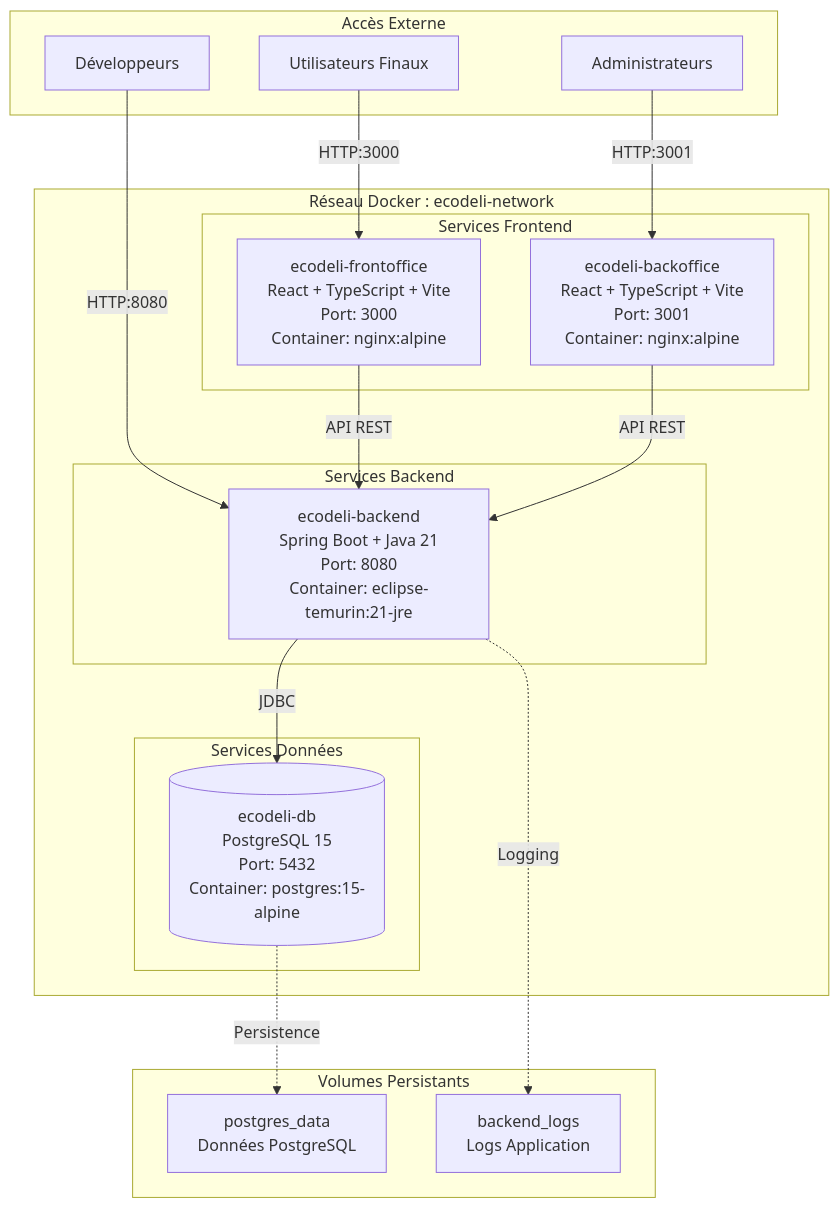
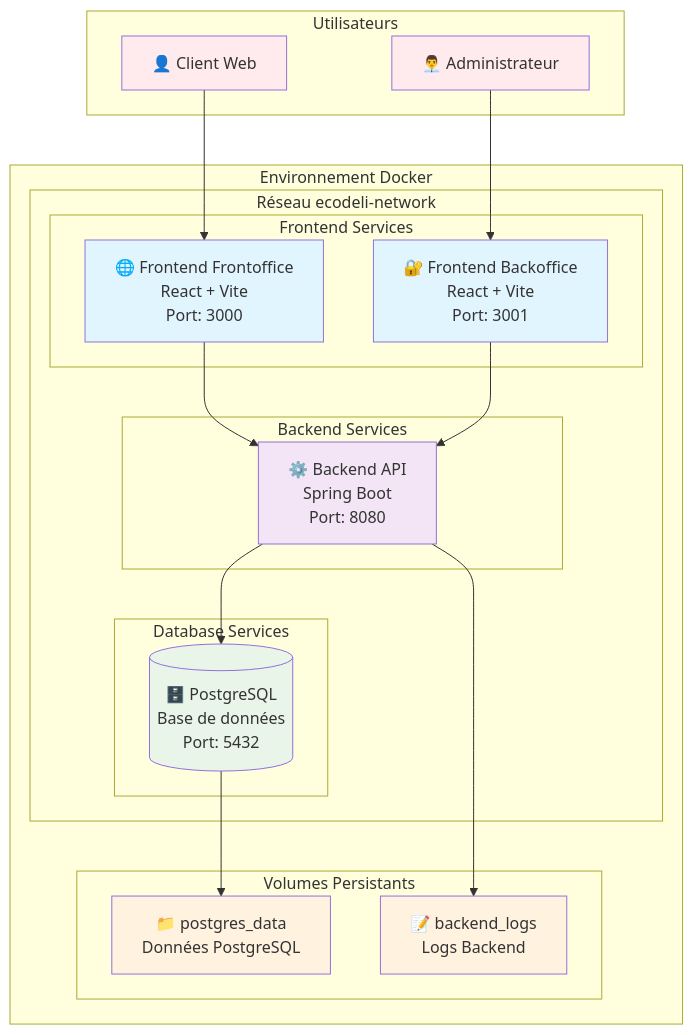
The diagram in ARCHITECTURE-DOCKER.md (zerck0/PA2), drawn with Mermaid before and after one commit. The commit also changed other lines of this file and 9 other files, not shown here.

First line of the commit message:
📦 Projet Docker conforme au sujet: multi-étapes, prod, architecture

````diff
--- a/ARCHITECTURE-DOCKER.md
+++ b/ARCHITECTURE-DOCKER.md
@@ -24,39 +5,55 @@
 ```mermaid
 graph TB
-    subgraph "Réseau Docker : ecodeli-network"
-        subgraph "Services Frontend"
-            FO[ecodeli-frontoffice<br/>React + TypeScript + Vite<br/>Port: 3000<br/>Container: nginx:alpine]
-            BO[ecodeli-backoffice<br/>React + TypeScript + Vite<br/>Port: 3001<br/>Container: nginx:alpine]
+    subgraph "Environnement Docker"
+        subgraph "Réseau ecodeli-network"
+            subgraph "Frontend Services"
+                FO[🌐 Frontend Frontoffice<br/>React + Vite<br/>Port: 3000]
+                BO[🔐 Frontend Backoffice<br/>React + Vite<br/>Port: 3001]
+            end
+            
+            subgraph "Backend Services"
+                API[⚙️ Backend API<br/>Spring Boot<br/>Port: 8080]
+            end
+            
+            subgraph "Database Services"
+                DB[(🗄️ PostgreSQL<br/>Base de données<br/>Port: 5432)]
+            end
         end
         
-        subgraph "Services Backend"
-            API[ecodeli-backend<br/>Spring Boot + Java 21<br/>Port: 8080<br/>Container: eclipse-temurin:21-jre]
-        end
-        
-        subgraph "Services Données"
-            DB[(ecodeli-db<br/>PostgreSQL 15<br/>Port: 5432<br/>Container: postgres:15-alpine)]
+        subgraph "Volumes Persistants"
+            PGDATA[📁 postgres_data<br/>Données PostgreSQL]
+            LOGS[📝 backend_logs<br/>Logs Backend]
         end
     end
     
-    subgraph "Accès Externe"
-        U1[Utilisateurs Finaux] 
-        U2[Administrateurs]
-        DEV[Développeurs]
+    subgraph "Utilisateurs"
+        CLIENT[👤 Client Web]
+        ADMIN[👨‍💼 Administrateur]
     end
     
-    subgraph "Volumes Persistants"
-        V1[postgres_data<br/>Données PostgreSQL]
-        V2[backend_logs<br/>Logs Application]
-    end
+    %% Connexions utilisateurs
+    CLIENT --> FO
+    ADMIN --> BO
     
-    U1 -->|HTTP:3000| FO
-    U2 -->|HTTP:3001| BO
-    DEV -->|HTTP:8080| API
+    %% Connexions internes
+    FO --> API
+    BO --> API
+    API --> DB
     
-    FO -->|API REST| API
-    BO -->|API REST| API
-    API -->|JDBC| DB
+    %% Volumes
+    DB --> PGDATA
+    API --> LOGS
     
-    DB -.->|Persistence| V1
-    API -.->|Logging| V2
+    %% Styling
+    classDef frontend fill:#e1f5fe
+    classDef backend fill:#f3e5f5
+    classDef database fill:#e8f5e8
+    classDef volume fill:#fff3e0
+    classDef user fill:#ffebee
+    
+    class FO,BO frontend
+    class API backend
+    class DB database
+    class PGDATA,LOGS volume
+    class CLIENT,ADMIN user
 ```
````
